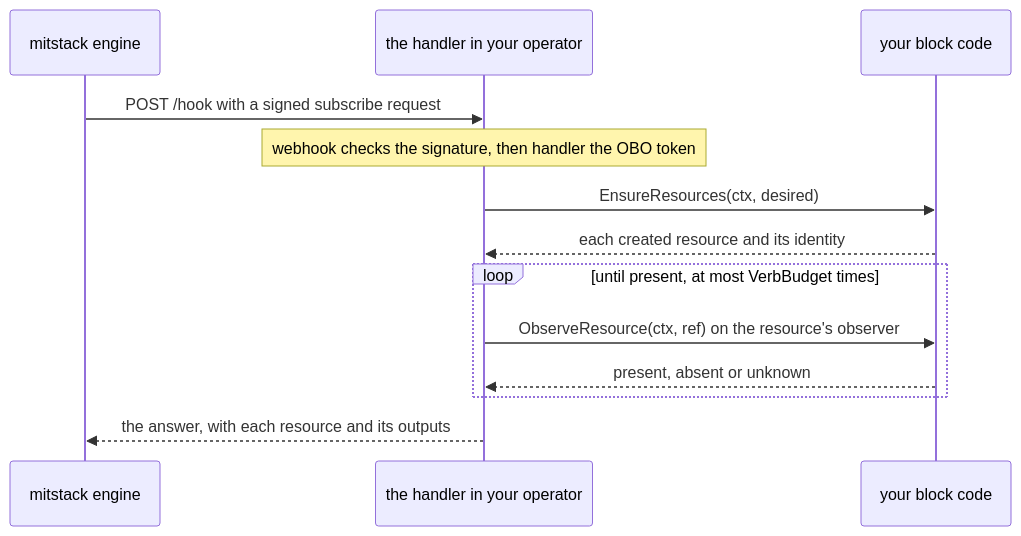
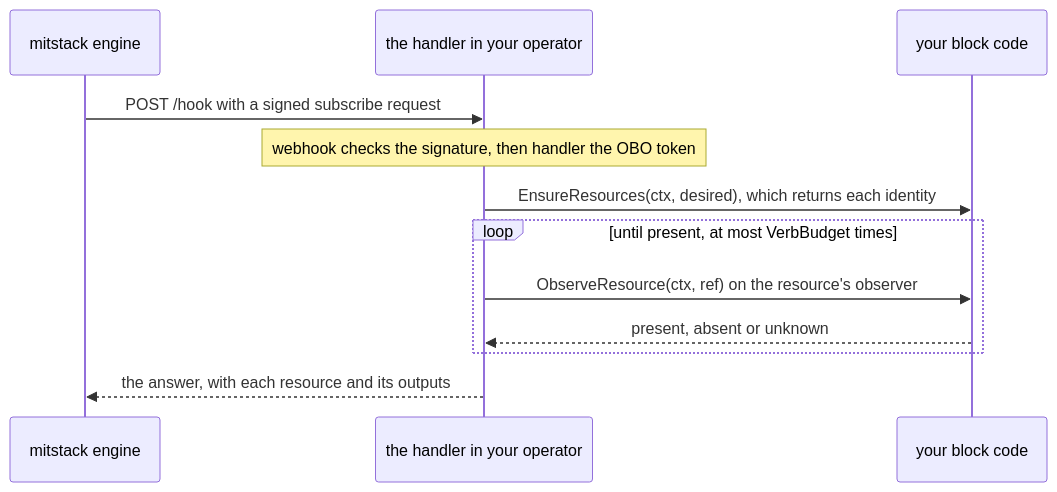
One commit to mitstack-eu/block-kit changed the diagram in README.md. Above: the diagram before and after it, drawn with Mermaid. The commit also changed other lines of this file and 1 other file, not shown here.

First line of the commit message:
MIT-5245: the README answers its third cold read: what an endpoint is, what a connection is, where an observer is filed, and how the type catalogue is read

````diff
--- a/README.md
+++ b/README.md
@@ -35,15 +35,14 @@
 ```mermaid
 sequenceDiagram
     participant E as mitstack engine
     participant H as the handler in your operator
     participant B as your block code
     E->>H: POST /hook with a signed subscribe request
     Note over H: webhook checks the signature, then handler the OBO token
-    H->>B: EnsureResources(ctx, desired)
-    B-->>H: each created resource and its identity
+    H->>B: EnsureResources(ctx, desired), which returns each identity
     loop until present, at most VerbBudget times
         H->>B: ObserveResource(ctx, ref) on the resource's observer
         B-->>H: present, absent or unknown
     end
     H-->>E: the answer, with each resource and its outputs
 ```
````
